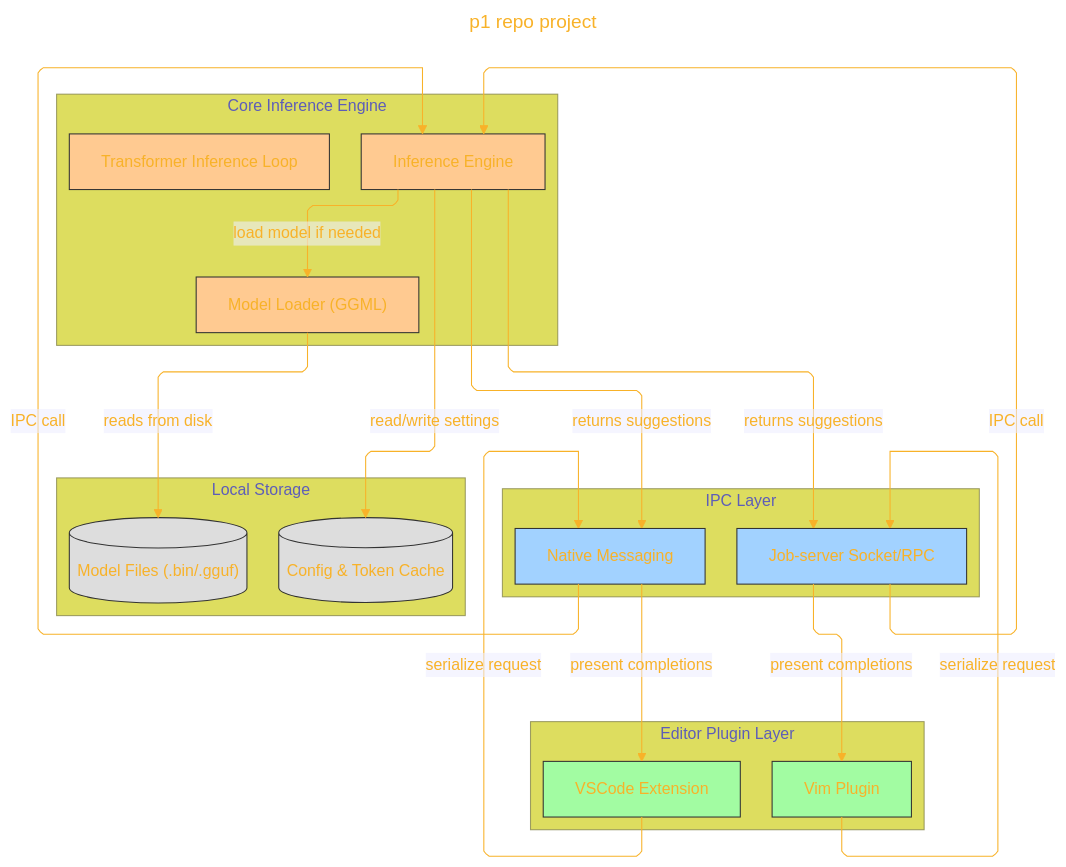
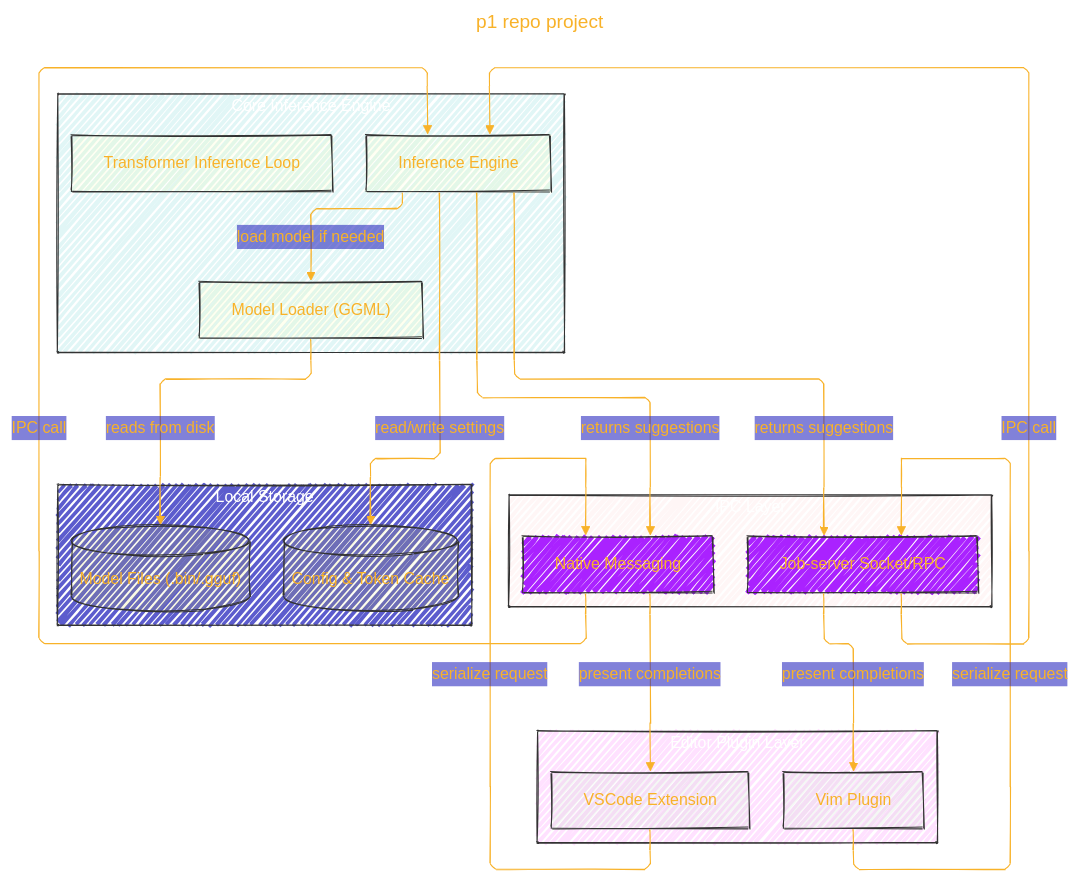
Before and after one commit to CongLeSolutionX/Synthetic-Zooniverse: the first of 2 diagrams in GGML_ORG/GitHub_repo_projects/p1.md, drawn with Mermaid.

Commit message:
update notes

````diff
--- a/GGML_ORG/GitHub_repo_projects/p1.md
+++ b/GGML_ORG/GitHub_repo_projects/p1.md
@@ -52,6 +52,7 @@
 config:
   layout: elk
   theme: base
+  look: handDrawn
 ---
 %%%%%%%% Mermaid version v11.4.1-b.14
 %%%%%%%% Available curve styles include the following keywords:
@@ -65,7 +66,7 @@
       'primaryTextColor': '#F8B229',
       'lineColor': '#F8B229',
       'primaryBorderColor': '#27AE60',
-      'secondaryColor': '#EEF2',
+      'secondaryColor': '#22B2',
       'secondaryTextColor': '#6C3483',
       'secondaryBorderColor': '#A569BD',
       'fontSize': '15px'
@@ -73,15 +74,15 @@
   }
 }%%
 flowchart TD
-    %% Editor Plugin Layer
     subgraph Editor_Plugin_Layer["Editor Plugin Layer"]
+    style Editor_Plugin_Layer fill:#F2F2,stroke:#333,stroke-width:1px, color: #FFFF
     direction TB
         Vim["Vim Plugin"]:::frontend
         VSCode["VSCode Extension"]:::frontend
     end
 
-    %% IPC Layer
     subgraph IPC_Layer["IPC Layer"]
+    style IPC_Layer fill:#FBB2,stroke:#333,stroke-width:1px, color: #FFFF
     direction TB
         VimIPC["Job-server Socket/RPC"]:::ipc
         VSCodeIPC["Native Messaging"]:::ipc
@@ -89,6 +90,7 @@
 
     %% Core Inference Engine
     subgraph Core_Inference_Engine["Core Inference Engine"]
+    style Core_Inference_Engine fill:#2BB2,stroke:#333,stroke-width:1px, color: #FFFF
     direction TB
         ModelLoader["Model Loader (GGML)"]:::engine
         Transformer["Transformer Inference Loop"]:::engine
@@ -97,6 +99,7 @@
 
     %% Local Storage
     subgraph Local_Storage["Local Storage"]
+    style Local_Storage fill:#22BB,stroke:#333,stroke-width:1px, color: #FFFF
     direction TB
         ModelFiles[("Model Files (.bin/.gguf)")]:::storage
         ConfigCache[("Config & Token Cache")]:::storage
@@ -117,9 +120,9 @@
     Engine -->|"read/write settings"| ConfigCache
 
     %% Styles
-    classDef frontend fill:#a2fca2,stroke:#333,stroke-width:1px;
-    classDef ipc fill:#a2d2ff,stroke:#333,stroke-width:1px;
-    classDef engine fill:#ffca91,stroke:#333,stroke-width:1px;
-    classDef storage fill:#dddddd,stroke:#333,stroke-width:1px;
+    classDef frontend fill:#aca2,stroke:#333,stroke-width:1px;
+    classDef ipc fill:#a2ff,stroke:#333,stroke-width:1px;
+    classDef engine fill:#ff21,stroke:#333,stroke-width:1px;
+    classDef storage fill:#dd22,stroke:#333,stroke-width:1px;
 
 ```
````
